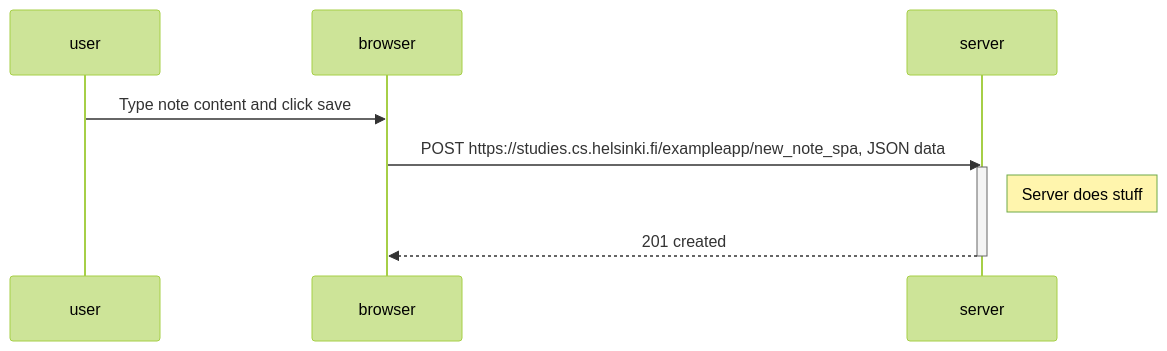
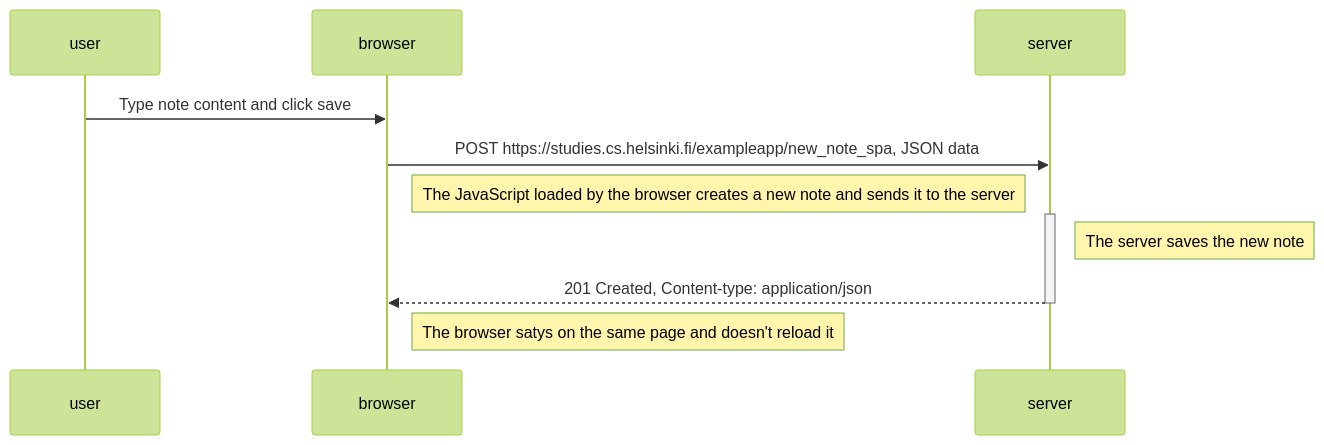
The diagram in osa0/uusi_muistiinpano_spa.md (suvithkl/fullstack), drawn with Mermaid (forest theme) before and after one commit.

Commit message:
finish ex. 0.6

````diff
--- a/osa0/uusi_muistiinpano_spa.md
+++ b/osa0/uusi_muistiinpano_spa.md
@@ -1,14 +1,17 @@
 ```mermaid
 sequenceDiagram
     participant user
     participant browser
     participant server
 
     user->>browser: Type note content and click save
 
     browser->>server: POST https://studies.cs.helsinki.fi/exampleapp/new_note_spa, JSON data
+    Note right of browser: The JavaScript loaded by the browser creates a new note and sends it to the server
     activate server
-    Note right of server: Server does stuff
-    server-->>browser: 201 created
+    Note right of server: The server saves the new note
+    server-->>browser: 201 Created, Content-type: application/json
     deactivate server
+
+    Note right of browser: The browser satys on the same page and doesn't reload it
 ```
````
